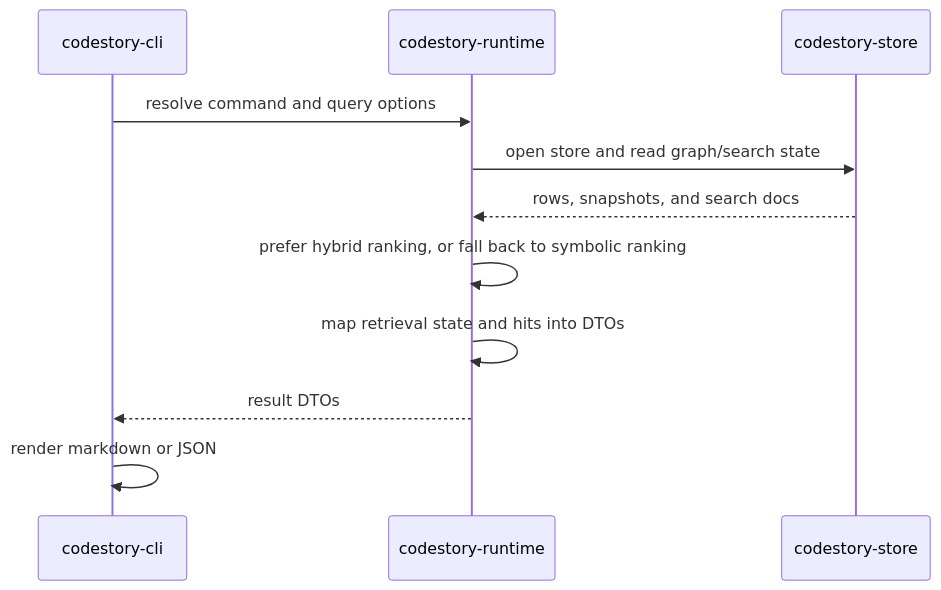
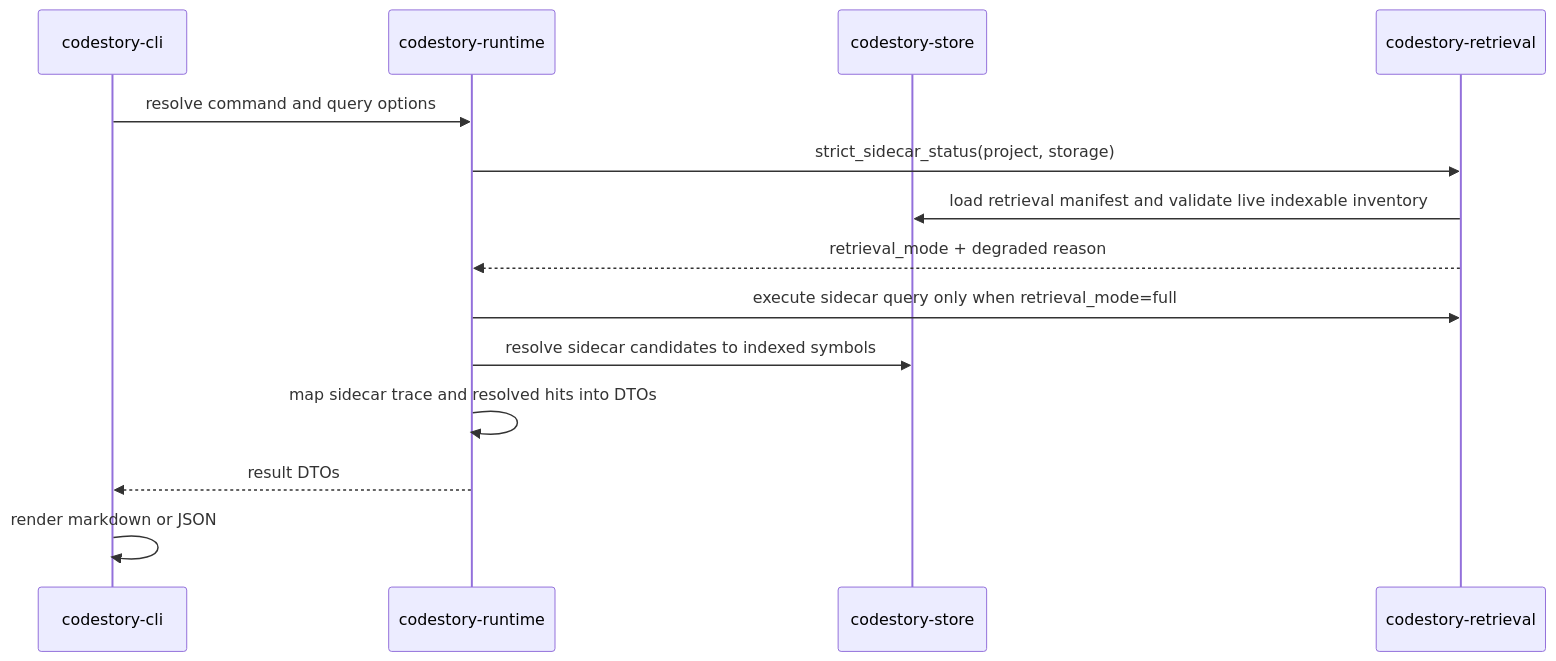
Before and after one commit to TheGreenCedar/CodeStory: the second of 4 diagrams in docs/architecture/runtime-execution-path.md, drawn with Mermaid. The commit also changed other lines of this file and 36 other files, not shown here.

Commit message:
document retrieval sidecar rollout

````diff
--- a/docs/architecture/runtime-execution-path.md
+++ b/docs/architecture/runtime-execution-path.md
@@ -42,14 +42,17 @@
 ```mermaid
 sequenceDiagram
     participant CLI as codestory-cli
     participant Runtime as codestory-runtime
     participant Store as codestory-store
+    participant Retrieval as codestory-retrieval
 
     CLI->>Runtime: resolve command and query options
-    Runtime->>Store: open store and read graph/search state
-    Store-->>Runtime: rows, snapshots, and search docs
-    Runtime->>Runtime: prefer hybrid ranking, or fall back to symbolic ranking
-    Runtime->>Runtime: map retrieval state and hits into DTOs
+    Runtime->>Retrieval: strict_sidecar_status(project, storage)
+    Retrieval->>Store: load retrieval manifest and validate live indexable inventory
+    Retrieval-->>Runtime: retrieval_mode + degraded reason
+    Runtime->>Retrieval: execute sidecar query only when retrieval_mode=full
+    Runtime->>Store: resolve sidecar candidates to indexed symbols
+    Runtime->>Runtime: map sidecar trace and resolved hits into DTOs
     Runtime-->>CLI: result DTOs
     CLI->>CLI: render markdown or JSON
 ```
````
